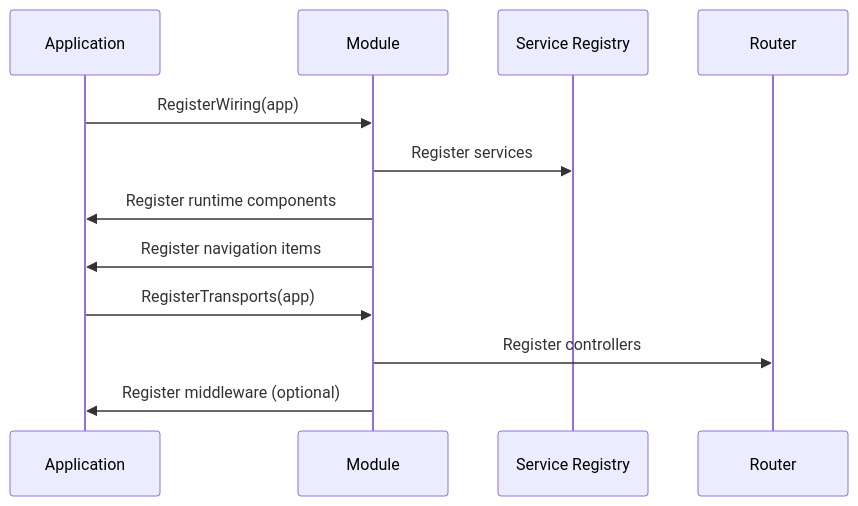
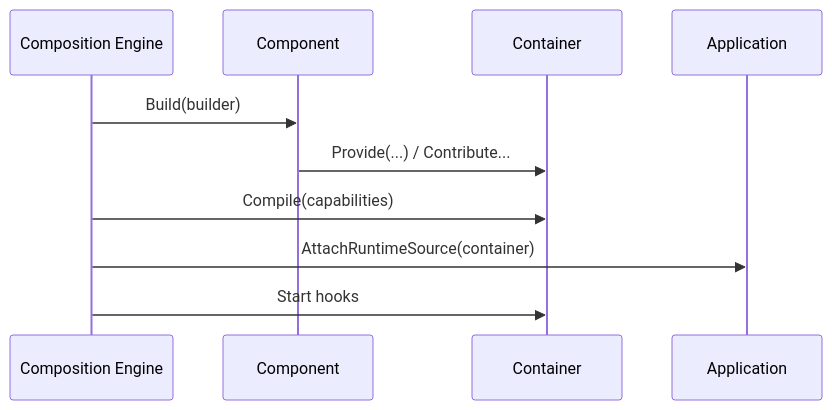
One commit to iota-uz/iota-sdk changed the second of 13 diagrams in docs/content/architecture/module-system.mdx. Above: the diagram before and after it, drawn with Mermaid. The commit also changed other lines of this file and 14 other files, not shown here.

Commit message:
docs: update module and composition guides

````diff
--- a/docs/content/architecture/module-system.mdx
+++ b/docs/content/architecture/module-system.mdx
@@ -29,15 +27,13 @@
 ```mermaid
 sequenceDiagram
+    participant Engine as Composition Engine
+    participant Comp as Component
+    participant Container as Container
     participant App as Application
-    participant Mod as Module
-    participant Registry as Service Registry
-    participant Router as Router
-    
-    App->>Mod: RegisterWiring(app)
-    Mod->>Registry: Register services
-    Mod->>App: Register runtime components
-    Mod->>App: Register navigation items
-    App->>Mod: RegisterTransports(app)
-    Mod->>Router: Register controllers
-    Mod->>App: Register middleware (optional)
+
+    Engine->>Comp: Build(builder)
+    Comp->>Container: Provide(...) / Contribute...
+    Engine->>Container: Compile(capabilities)
+    Engine->>App: AttachRuntimeSource(container)
+    Engine->>Container: Start hooks
 ```
````
